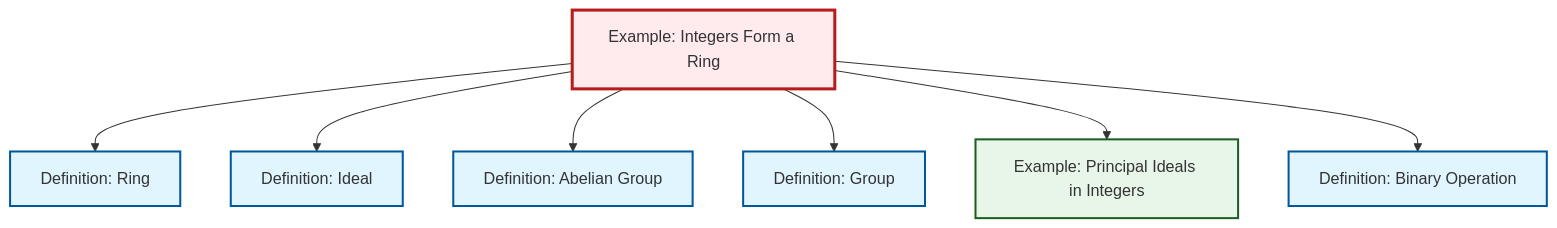
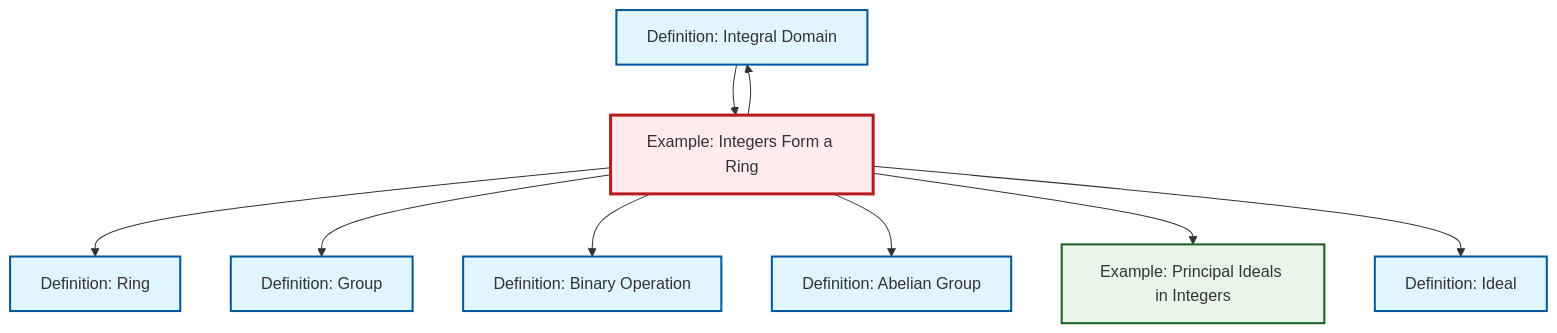
One commit to RK0429/ModernMath changed the diagram in content/en/algebra/ex-integers-ring.qmd. Above: the diagram before and after it, drawn with Mermaid. The commit also changed 597 other files, not shown here.

````diff
--- a/content/en/algebra/ex-integers-ring.qmd
+++ b/content/en/algebra/ex-integers-ring.qmd
@@ -65,29 +65,33 @@
 ```{mermaid}
 %%| fig-cap: "Local dependency graph"
 graph TD
     classDef definition fill:#e1f5fe,stroke:#01579b,stroke-width:2px
     classDef theorem fill:#f3e5f5,stroke:#4a148c,stroke-width:2px
     classDef axiom fill:#fff3e0,stroke:#e65100,stroke-width:2px
     classDef example fill:#e8f5e9,stroke:#1b5e20,stroke-width:2px
     classDef current fill:#ffebee,stroke:#b71c1c,stroke-width:3px
+    def-integral-domain["Definition: Integral Domain"]:::definition
+    def-ideal["Definition: Ideal"]:::definition
+    ex-principal-ideal["Example: Principal Ideals in Integers"]:::example
+    def-ring["Definition: Ring"]:::definition
+    def-abelian-group["Definition: Abelian Group"]:::definition
+    ex-integers-ring["Example: Integers Form a Ring"]:::example
+    def-group["Definition: Group"]:::definition
     def-binary-operation["Definition: Binary Operation"]:::definition
-    def-ring["Definition: Ring"]:::definition
-    def-ideal["Definition: Ideal"]:::definition
-    def-abelian-group["Definition: Abelian Group"]:::definition
-    ex-principal-ideal["Example: Principal Ideals in Integers"]:::example
-    def-group["Definition: Group"]:::definition
-    ex-integers-ring["Example: Integers Form a Ring"]:::example
     ex-integers-ring --> def-ring
+    ex-integers-ring --> def-group
+    ex-integers-ring --> def-binary-operation
+    def-integral-domain --> ex-integers-ring
+    ex-integers-ring --> def-integral-domain
+    ex-integers-ring --> def-abelian-group
+    ex-integers-ring --> ex-principal-ideal
     ex-integers-ring --> def-ideal
-    ex-integers-ring --> def-abelian-group
-    ex-integers-ring --> def-group
-    ex-integers-ring --> ex-principal-ideal
-    ex-integers-ring --> def-binary-operation
     class ex-integers-ring current
+    click def-integral-domain "def-integral-domain.html" "Go to Integral Domain definition"
+    click def-ideal "def-ideal.html" "Go to Ideal definition"
+    click ex-principal-ideal "ex-principal-ideal.html" "Go to Principal Ideals in Integers example"
+    click def-ring "def-ring.html" "Go to Ring definition"
+    click def-abelian-group "def-abelian-group.html" "Go to Abelian Group definition"
+    click def-group "def-group.html" "Go to Group definition"
     click def-binary-operation "def-binary-operation.html" "Go to Binary Operation definition"
-    click def-ring "def-ring.html" "Go to Ring definition"
-    click def-ideal "def-ideal.html" "Go to Ideal definition"
-    click def-abelian-group "def-abelian-group.html" "Go to Abelian Group definition"
-    click ex-principal-ideal "ex-principal-ideal.html" "Go to Principal Ideals in Integers example"
-    click def-group "def-group.html" "Go to Group definition"
 ```
````
